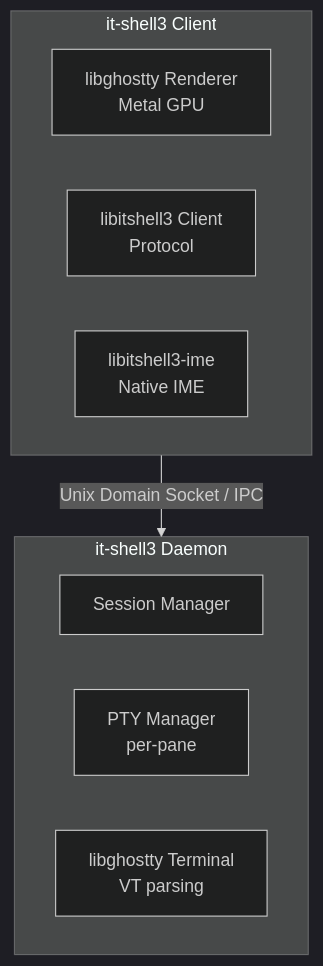
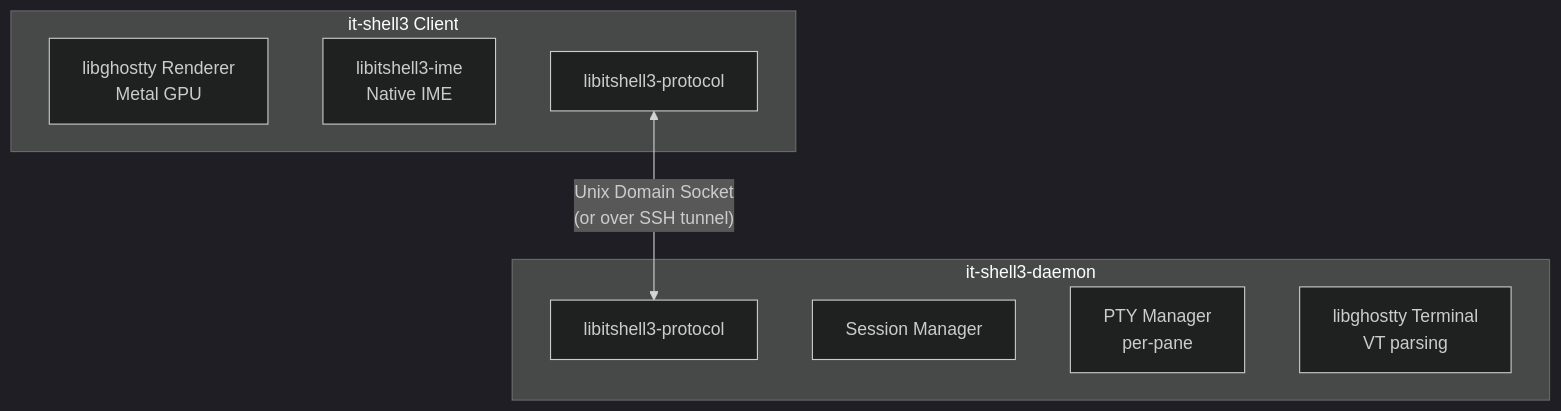
One commit to powdream-org/it-shell3 changed the diagram in docs/project/01-project-overview.md. Above: the diagram before and after it, drawn with Mermaid (dark theme). The commit also changed other lines of this file and 1 other file, not shown here.

First line of the commit message:
docs: add daemon lifecycle and restructure component layout

````diff
--- a/docs/project/01-project-overview.md
+++ b/docs/project/01-project-overview.md
@@ -44,16 +44,17 @@
 ```mermaid
 graph TD
     subgraph Client["it-shell3 Client"]
         GR[libghostty Renderer<br/>Metal GPU]
-        CL[libitshell3 Client<br/>Protocol]
         IME[libitshell3-ime<br/>Native IME]
+        CP1[libitshell3-protocol]
     end
 
-    subgraph Daemon["it-shell3 Daemon"]
+    subgraph Daemon["it-shell3-daemon"]
+        CP2[libitshell3-protocol]
         SM[Session Manager]
         PTY[PTY Manager<br/>per-pane]
         GT[libghostty Terminal<br/>VT parsing]
     end
 
-    Client -- "Unix Domain Socket / IPC" --> Daemon
+    CP1 <-- "Unix Domain Socket<br/>(or over SSH tunnel)" --> CP2
 ```
````
